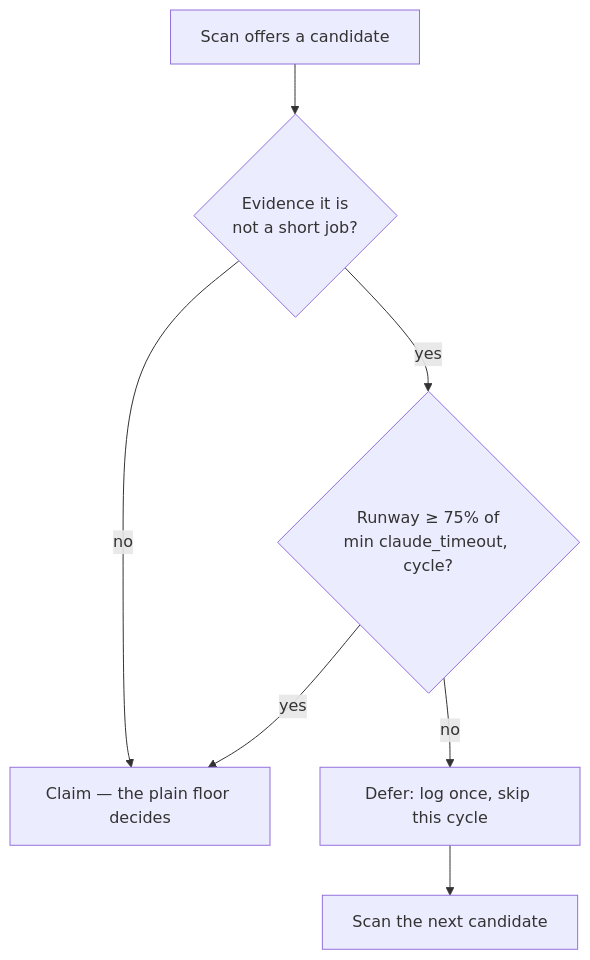
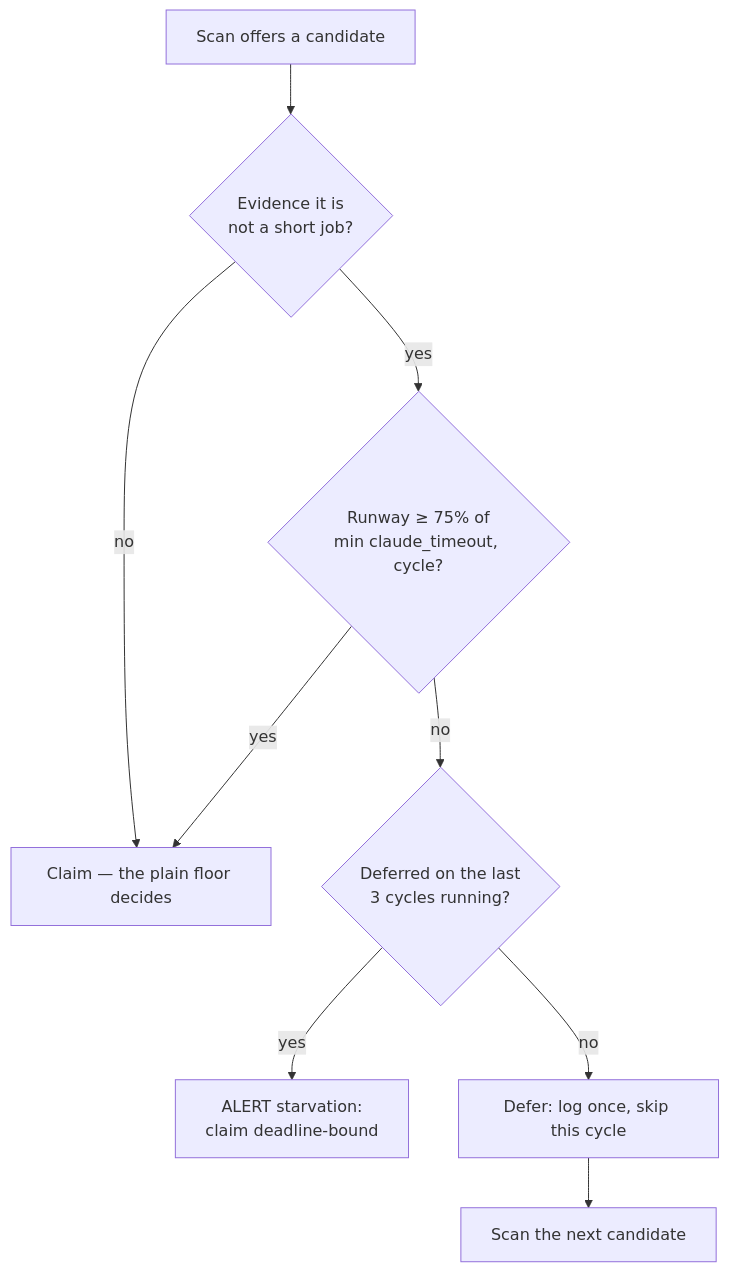
The first of 9 diagrams in docs/CONFIGURATION.md (stSoftwareAU/VibeCoder), drawn with Mermaid before and after one commit. The commit also changed other lines of this file and 6 other files, not shown here.

First line of the commit message:
Bound the adaptive claim floor so it cannot strand an issue for ever (Issue #375)

````diff
--- a/docs/CONFIGURATION.md
+++ b/docs/CONFIGURATION.md
@@ -806,9 +806,11 @@
 ```mermaid
 flowchart TD
     A[Scan offers a candidate] --> B{Evidence it is<br/>not a short job?}
     B -- no --> C[Claim — the plain floor decides]
     B -- yes --> D{Runway ≥ 75% of<br/>min claude_timeout, cycle?}
     D -- yes --> C
-    D -- no --> E[Defer: log once, skip this cycle]
+    D -- no --> G{Deferred on the last<br/>3 cycles running?}
+    G -- yes --> H[ALERT starvation:<br/>claim deadline-bound]
+    G -- no --> E[Defer: log once, skip this cycle]
     E --> F[Scan the next candidate]
 ```
````
